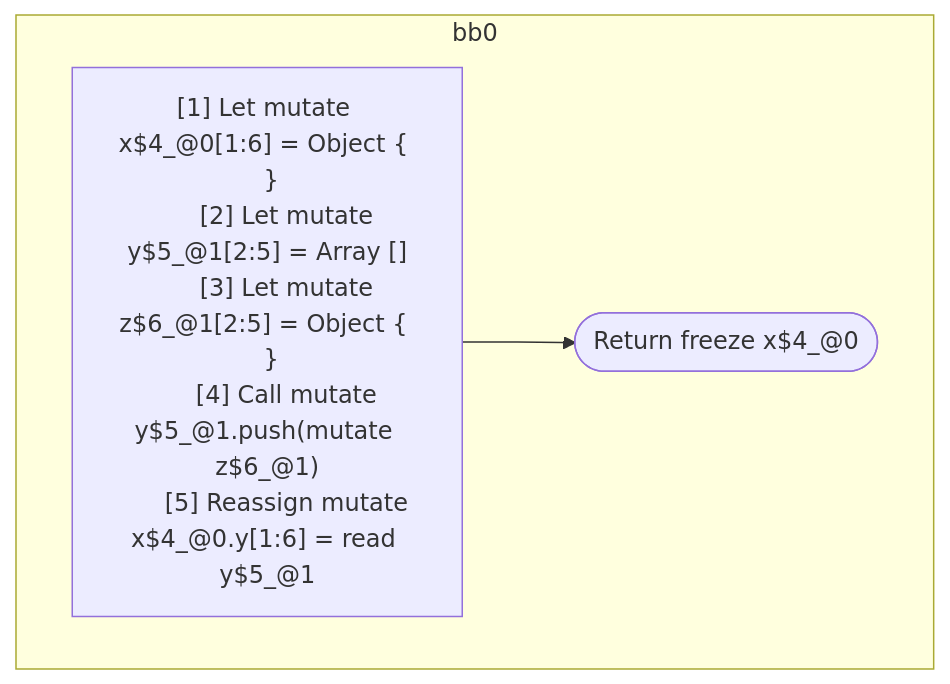
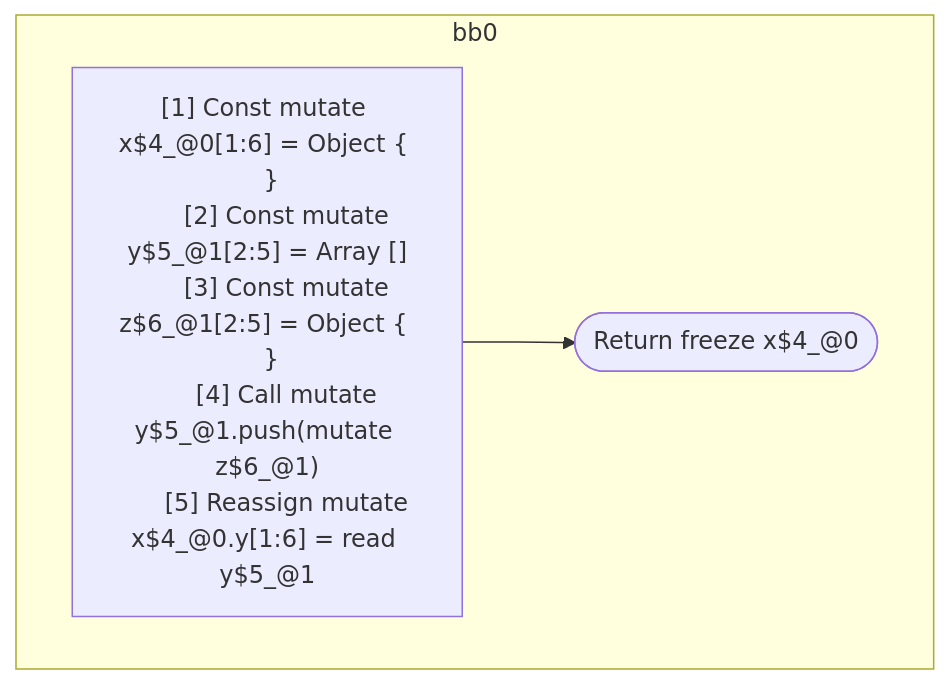
One commit to wutsmog/private changed the diagram in compiler/forget/src/__tests__/fixtures/hir/reactive-scope-grouping.expect.md. Above: the diagram before and after it, drawn with Mermaid. The commit also changed other lines of this file and 61 other files, not shown here.

````diff
--- a/compiler/forget/src/__tests__/fixtures/hir/reactive-scope-grouping.expect.md
+++ b/compiler/forget/src/__tests__/fixtures/hir/reactive-scope-grouping.expect.md
@@ -33,17 +33,17 @@
 ```mermaid
 flowchart TB
   %% Basic Blocks
   subgraph bb0
     bb0_instrs["
-      [1] Let mutate x$4_@0[1:6] = Object {  }
-      [2] Let mutate y$5_@1[2:5] = Array []
-      [3] Let mutate z$6_@1[2:5] = Object {  }
+      [1] Const mutate x$4_@0[1:6] = Object {  }
+      [2] Const mutate y$5_@1[2:5] = Array []
+      [3] Const mutate z$6_@1[2:5] = Object {  }
       [4] Call mutate y$5_@1.push(mutate z$6_@1)
       [5] Reassign mutate x$4_@0.y[1:6] = read y$5_@1
     "]
     bb0_instrs --> bb0_terminal(["Return freeze x$4_@0"])
   end
 
   %% Jumps
   %% empty
 ```
````
